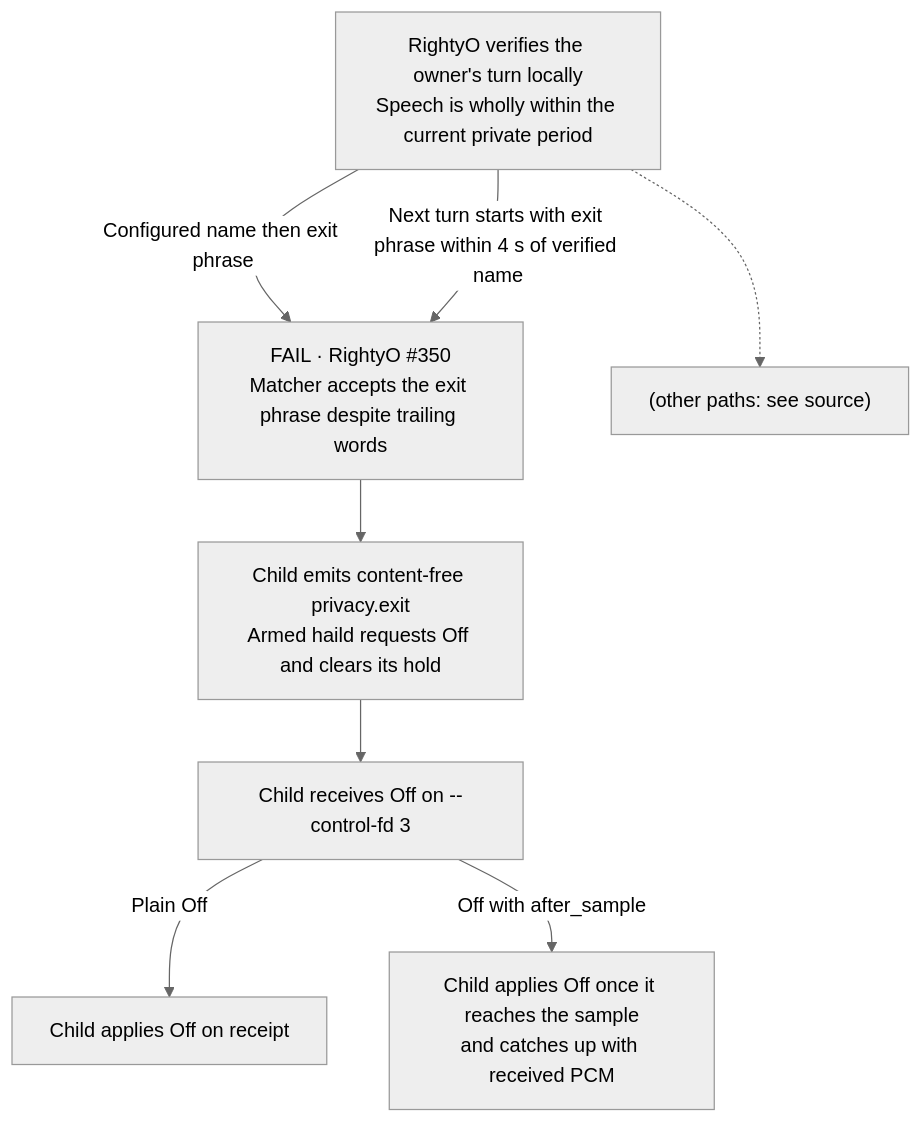
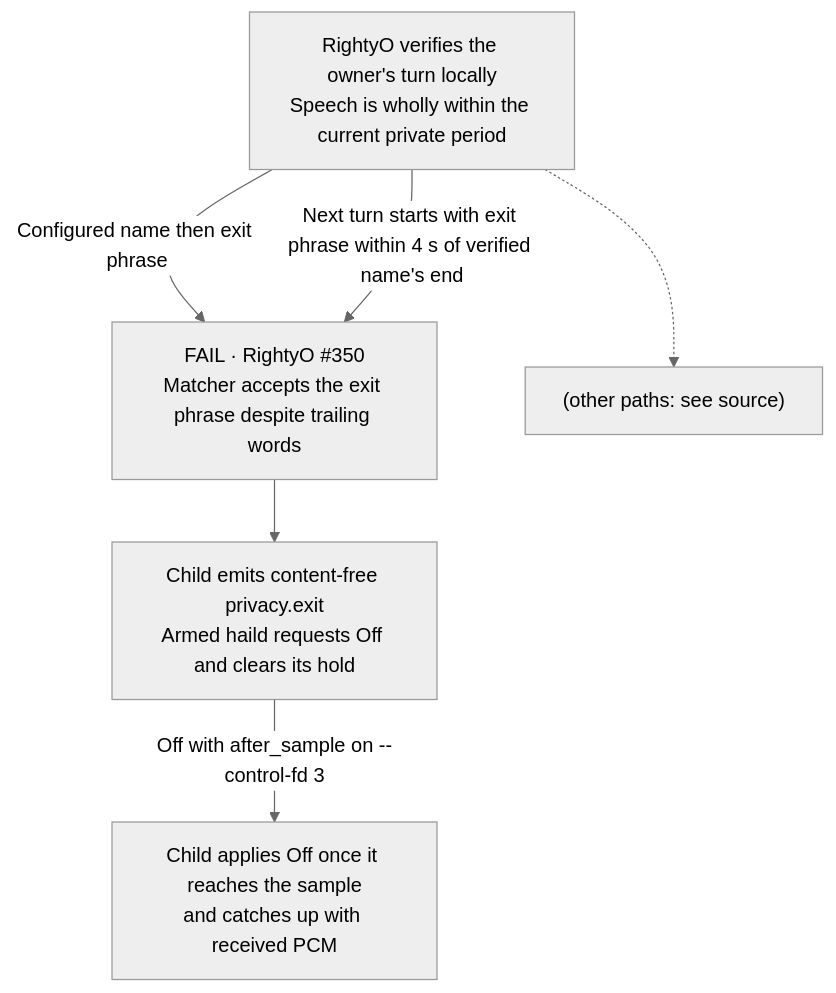
One commit to mickdarling/hailing-station changed the tenth of 10 diagrams in docs/rightyo-swimlanes.md. Above: the diagram before and after it, drawn with Mermaid (neutral theme). The commit also changed other lines of this file, not shown here.

Commit message:
Clarify four RightyO failure flows (#1483)

````diff
--- a/docs/rightyo-swimlanes.md
+++ b/docs/rightyo-swimlanes.md
@@ -151,12 +146,10 @@
 ```mermaid
 flowchart TD
     match["RightyO verifies the owner's turn locally<br/>Speech is wholly within the current private period"]
     match -->|Configured name then exit phrase| prefix["FAIL · RightyO #350<br/>Matcher accepts the exit phrase despite trailing words"]
-    match -->|Next turn starts with exit phrase within 4 s of verified name| prefix
+    match -->|Next turn starts with exit phrase within 4 s of verified name's end| prefix
     prefix --> exitEvent["Child emits content-free privacy.exit<br/>Armed haild requests Off and clears its hold"]
-    exitEvent --> control["Child receives Off on --control-fd 3"]
-    control -->|Plain Off| plain["Child applies Off on receipt"]
-    control -->|Off with after_sample| positioned["Child applies Off once it reaches the sample<br/>and catches up with received PCM"]
+    exitEvent -->|Off with after_sample on --control-fd 3| positioned["Child applies Off once it reaches the sample<br/>and catches up with received PCM"]
     match -.-> other["(other paths: see source)"]
     click prefix "https://github.com/mickdarling/rightyo/issues/350"
 ```
````
